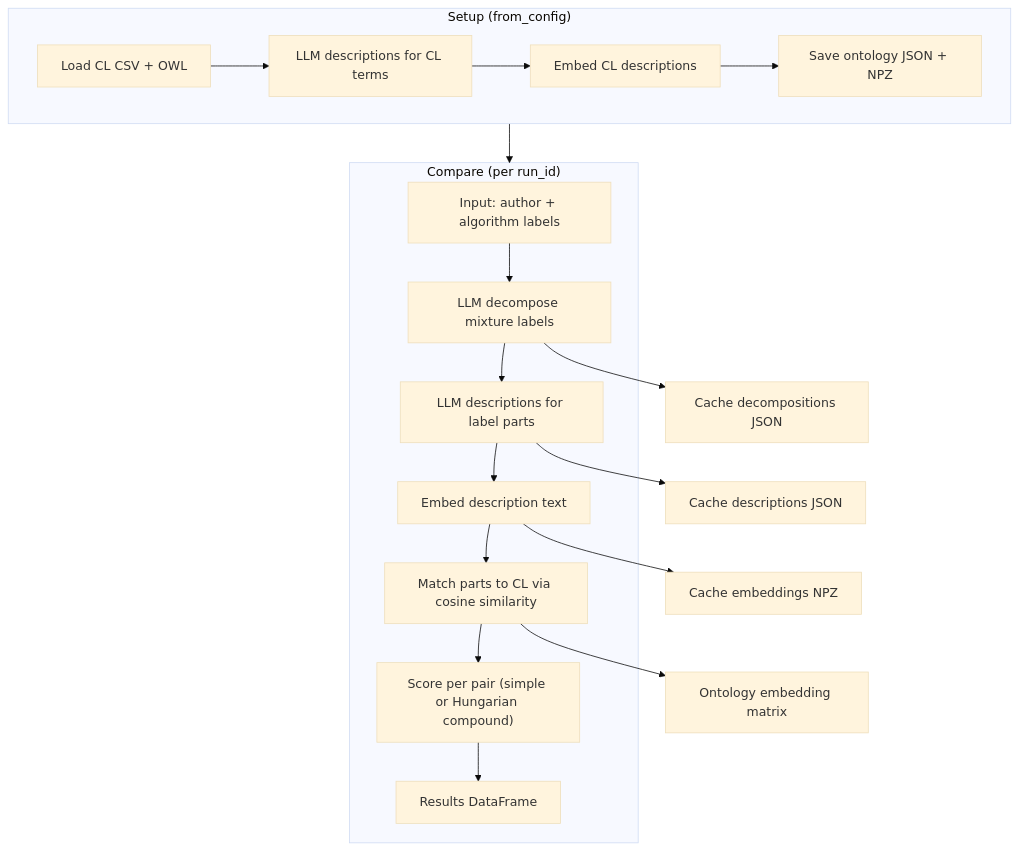
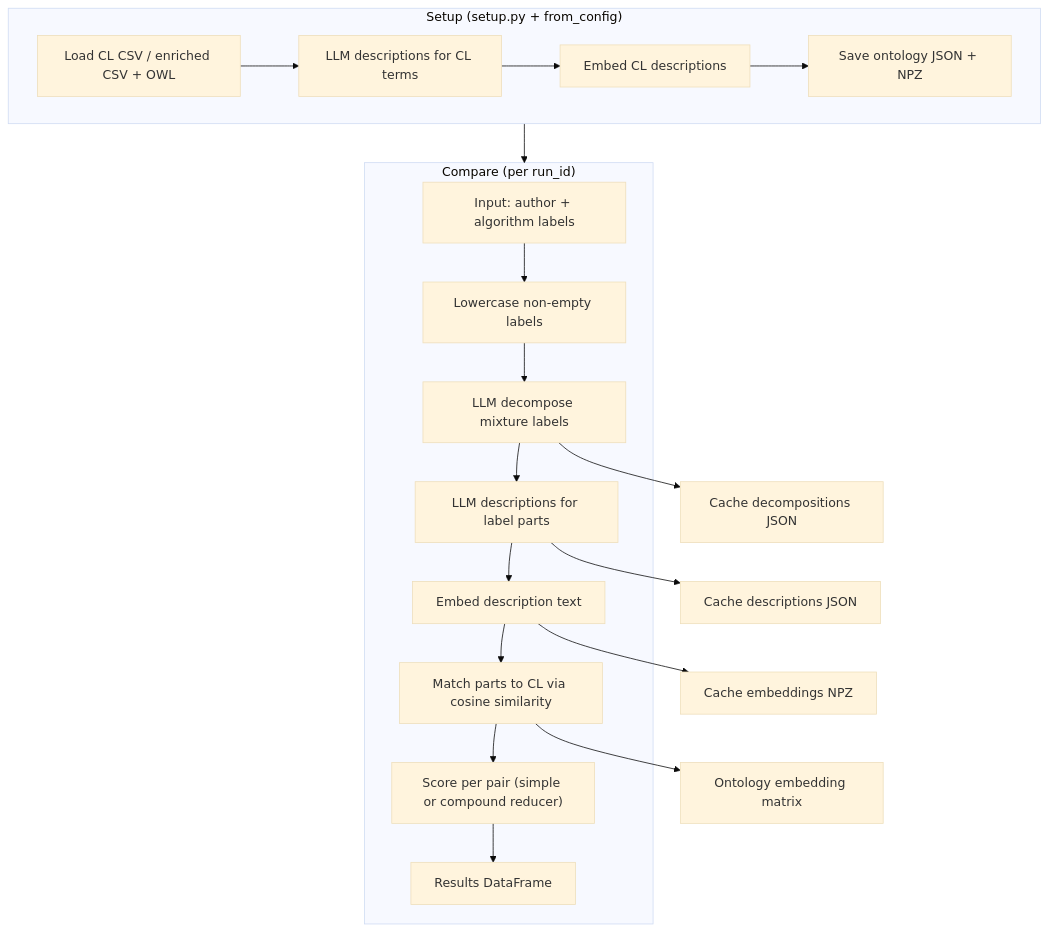
Before and after one commit to NygenAnalytics/CyteOnto: the first of 2 diagrams in docs/WORKFLOW.md, drawn with Mermaid (base theme). The commit also changed other lines of this file and 5 other files, not shown here.

````diff
--- a/docs/WORKFLOW.md
+++ b/docs/WORKFLOW.md
@@ -93,27 +101,28 @@
 ```mermaid
 flowchart TD
-    subgraph setup ["Setup (from_config)"]
-        H["Load CL CSV + OWL"]
+    subgraph setup ["Setup (setup.py + from_config)"]
+        H["Load CL CSV / enriched CSV + OWL"]
         I["LLM descriptions for CL terms"]
         J["Embed CL descriptions"]
         K["Save ontology JSON + NPZ"]
         H --> I --> J --> K
     end
 
     subgraph compare ["Compare (per run_id)"]
         A["Input: author + algorithm labels"]
+        L0["Lowercase non-empty labels"]
         D0["LLM decompose mixture labels"]
         B["LLM descriptions for label parts"]
         C["Embed description text"]
         D["Match parts to CL via cosine similarity"]
-        E["Score per pair (simple or Hungarian compound)"]
+        E["Score per pair (simple or compound reducer)"]
         F["Results DataFrame"]
-        A --> D0 --> B --> C --> D --> E --> F
+        A --> L0 --> D0 --> B --> C --> D --> E --> F
     end
 
     setup --> compare
     D0 --> D0a["Cache decompositions JSON"]
     B --> B1["Cache descriptions JSON"]
     C --> C1["Cache embeddings NPZ"]
     D --> D1["Ontology embedding matrix"]
 ```
````
